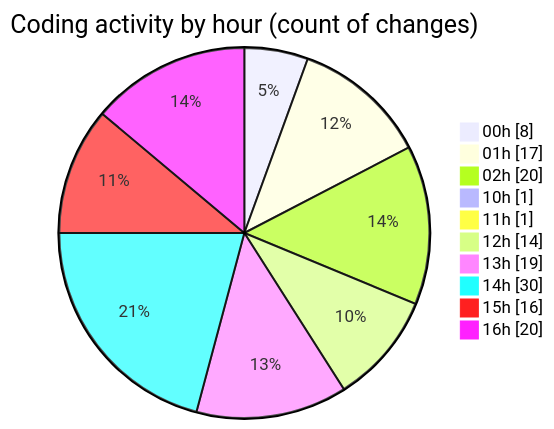
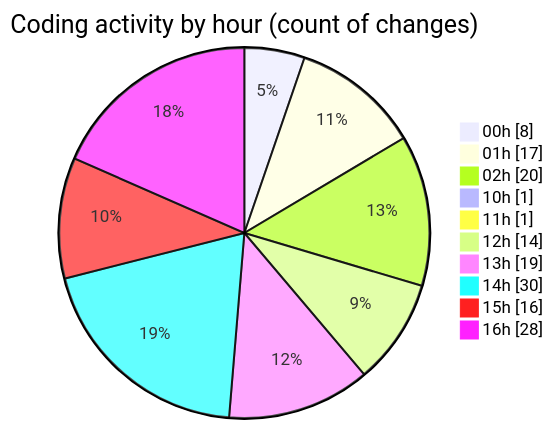
The second of 2 diagrams in 2025-05-02/niten/README.md (Elitesun/code-tracking), drawn with Mermaid before and after one commit. The commit also changed other lines of this file and 1 other file, not shown here.

````diff
--- a/2025-05-02/niten/README.md
+++ b/2025-05-02/niten/README.md
@@ -72,14 +72,14 @@
 ```mermaid
 pie showData
 title Coding activity by hour (count of changes)
 "00h" : 8
 "01h" : 17
 "02h" : 20
 "10h" : 1
 "11h" : 1
 "12h" : 14
 "13h" : 19
 "14h" : 30
 "15h" : 16
-"16h" : 20
+"16h" : 28
 ```
````
